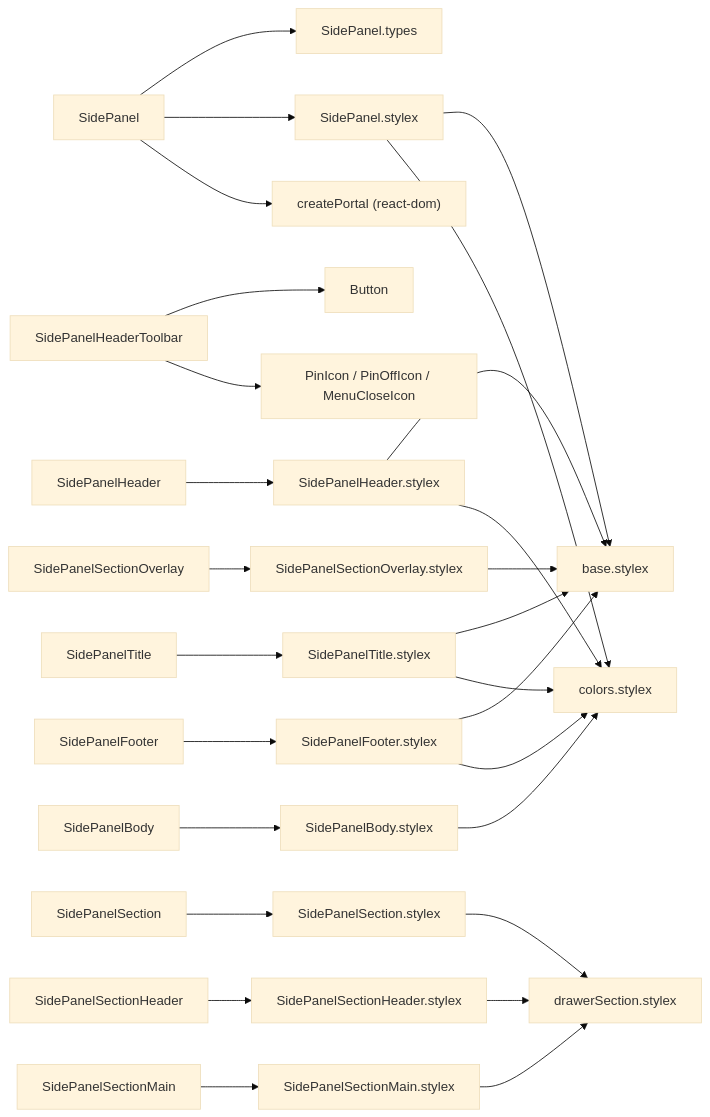
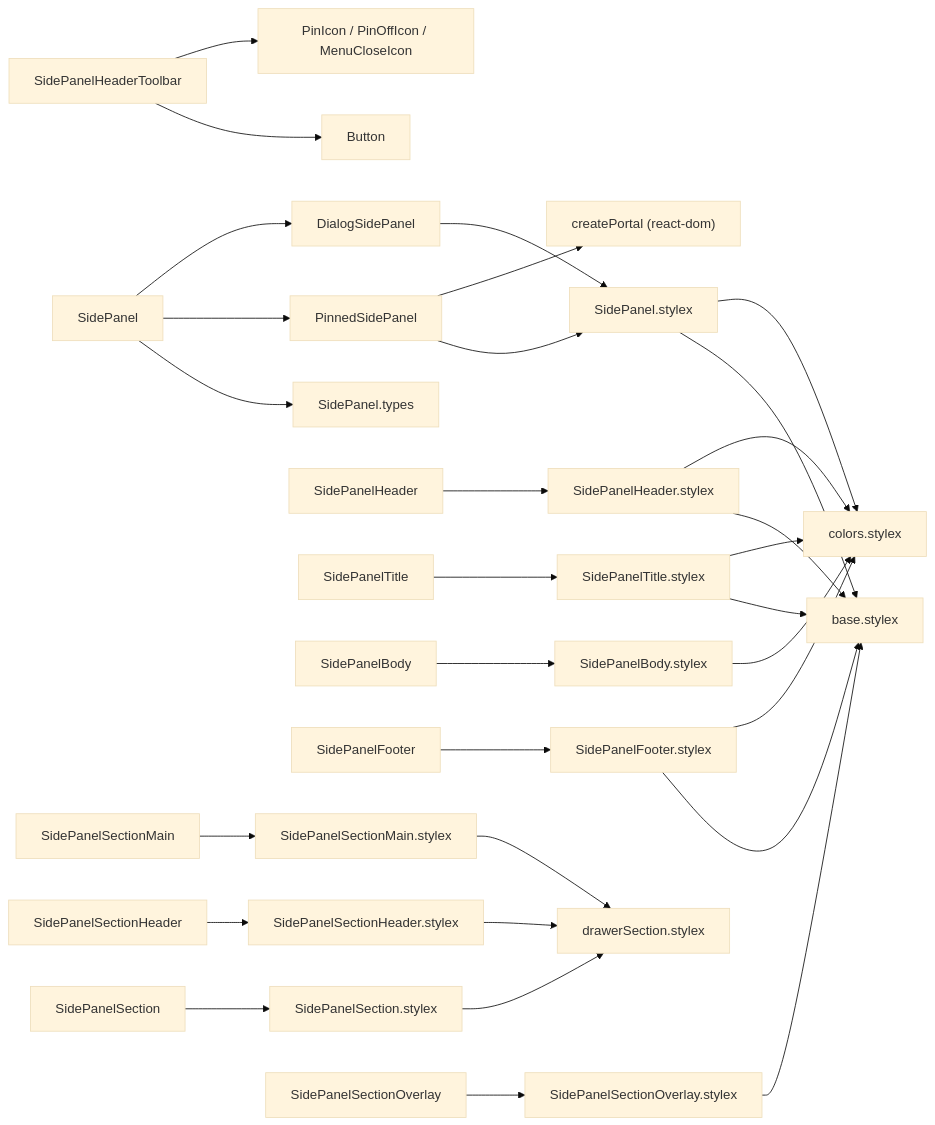
The first of 4 diagrams in packages/ui/src/components/SidePanel/ARCHITECTURE.md (luciocabrera/lcabrera-stack), drawn with Mermaid (base theme) before and after one commit. The commit also changed other lines of this file and 5 other files, not shown here.

First line of the commit message:
refactor(ui): split SidePanel into Pinned/Dialog variants (phase 4.2)

````diff
--- a/packages/ui/src/components/SidePanel/ARCHITECTURE.md
+++ b/packages/ui/src/components/SidePanel/ARCHITECTURE.md
@@ -68,39 +76,43 @@
 ```mermaid
 graph LR
   SidePanel --> SidePanel.types
-  SidePanel --> SidePanel.stylex
-  SidePanel --> ReactDOM["createPortal (react-dom)"]
+  SidePanel --> PinnedSidePanel
+  SidePanel --> DialogSidePanel
+
+  PinnedSidePanel --> SidePanel.stylex
+  PinnedSidePanel --> ReactDOM["createPortal (react-dom)"]
+  DialogSidePanel --> SidePanel.stylex
 
   SidePanel.stylex --> base.stylex
   SidePanel.stylex --> colors.stylex
 
   SidePanelHeaderToolbar --> Button
   SidePanelHeaderToolbar --> Icons["PinIcon / PinOffIcon / MenuCloseIcon"]
 
   SidePanelHeader --> SidePanelHeader.stylex
   SidePanelHeader.stylex --> base.stylex
   SidePanelHeader.stylex --> colors.stylex
 
   SidePanelTitle --> SidePanelTitle.stylex
   SidePanelTitle.stylex --> base.stylex
   SidePanelTitle.stylex --> colors.stylex
 
   SidePanelBody --> SidePanelBody.stylex
   SidePanelBody.stylex --> colors.stylex
 
   SidePanelFooter --> SidePanelFooter.stylex
   SidePanelFooter.stylex --> base.stylex
   SidePanelFooter.stylex --> colors.stylex
 
   SidePanelSection --> SidePanelSection.stylex
   SidePanelSection.stylex --> drawerSection.stylex
 
   SidePanelSectionHeader --> SidePanelSectionHeader.stylex
   SidePanelSectionHeader.stylex --> drawerSection.stylex
 
   SidePanelSectionMain --> SidePanelSectionMain.stylex
   SidePanelSectionMain.stylex --> drawerSection.stylex
 
   SidePanelSectionOverlay --> SidePanelSectionOverlay.stylex
   SidePanelSectionOverlay.stylex --> base.stylex
 ```
````
